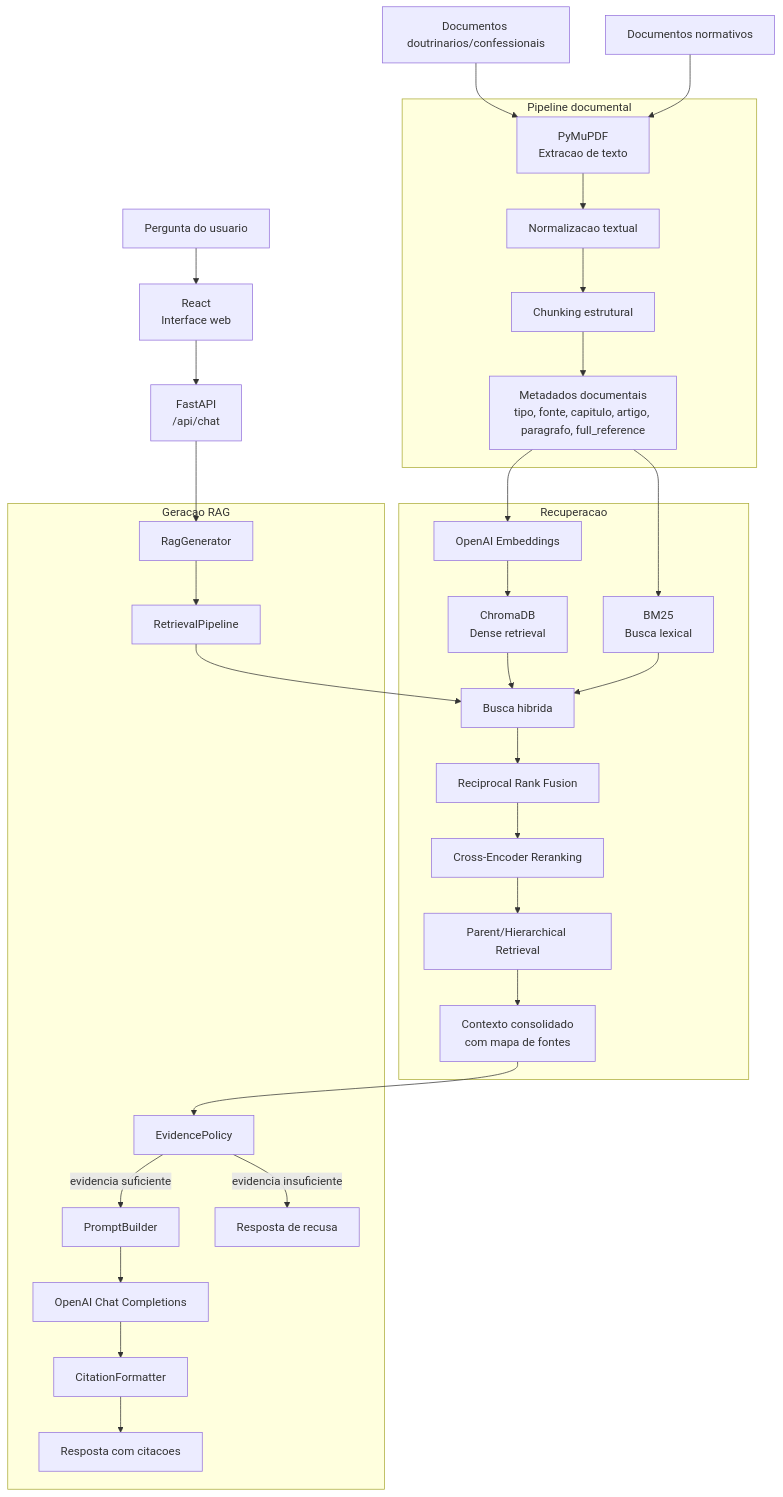
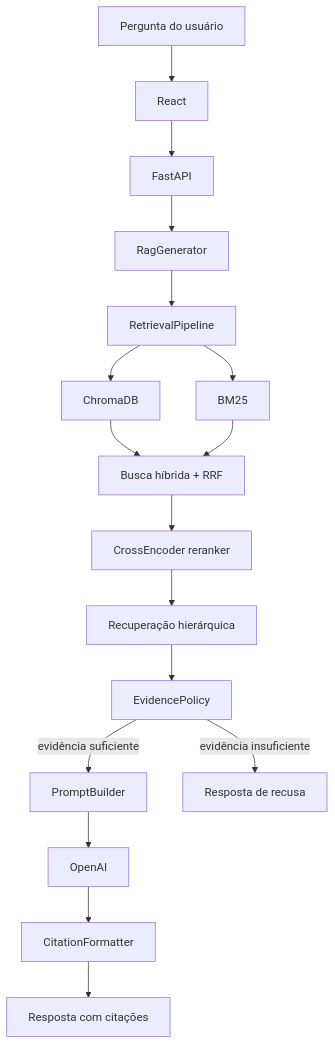
The diagram in README.md (anabeatrizcavalcanti/aia), drawn with Mermaid before and after one commit. The commit also changed other lines of this file and 3 other files, not shown here.

````diff
--- a/README.md
+++ b/README.md
@@ -72,60 +57,19 @@
 ```mermaid
 flowchart TD
-    D1[Documentos doutrinarios/confessionais] --> A[PyMuPDF<br/>Extracao de texto]
-    D2[Documentos normativos] --> A
-    A --> B[Normalizacao textual]
-    B --> C[Chunking estrutural]
-    C --> M[Metadados documentais<br/>tipo, fonte, capitulo, artigo, paragrafo, full_reference]
-
-    M --> E[OpenAI Embeddings]
-    E --> V[ChromaDB<br/>Dense retrieval]
-    M --> L[BM25<br/>Busca lexical]
-
-    V --> H[Busca hibrida]
-    L --> H
-    H --> RRF[Reciprocal Rank Fusion]
-    RRF --> RR[Cross-Encoder Reranking]
-    RR --> HR[Parent/Hierarchical Retrieval]
-    HR --> FC[Contexto consolidado<br/>com mapa de fontes]
-
-    U[Pergunta do usuario] --> WEB[React<br/>Interface web]
-    WEB --> API[FastAPI<br/>/api/chat]
+    U[Pergunta do usuário] --> WEB[React]
+    WEB --> API[FastAPI]
     API --> GEN[RagGenerator]
     GEN --> RP[RetrievalPipeline]
-    RP --> H
-    FC --> EP[EvidencePolicy]
-    EP -->|evidencia suficiente| PB[PromptBuilder]
-    EP -->|evidencia insuficiente| REF[Resposta de recusa]
-    PB --> OAI[OpenAI Chat Completions]
+    RP --> V[ChromaDB]
+    RP --> B[BM25]
+    V --> H[Busca híbrida + RRF]
+    B --> H
+    H --> RR[CrossEncoder reranker]
+    RR --> HC[Recuperação hierárquica]
+    HC --> EP[EvidencePolicy]
+    EP -->|evidência suficiente| PB[PromptBuilder]
+    EP -->|evidência insuficiente| REF[Resposta de recusa]
+    PB --> OAI[OpenAI]
     OAI --> CF[CitationFormatter]
-    CF --> ANS[Resposta com citacoes]
-
-    subgraph Pipeline documental
-        A
-        B
-        C
-        M
-    end
-
-    subgraph Recuperacao
-        E
-        V
-        L
-        H
-        RRF
-        RR
-        HR
-        FC
-    end
-
-    subgraph Geracao RAG
-        GEN
-        RP
-        EP
-        PB
-        OAI
-        CF
-        REF
-        ANS
-    end
+    CF --> ANS[Resposta com citações]
 ```
````
